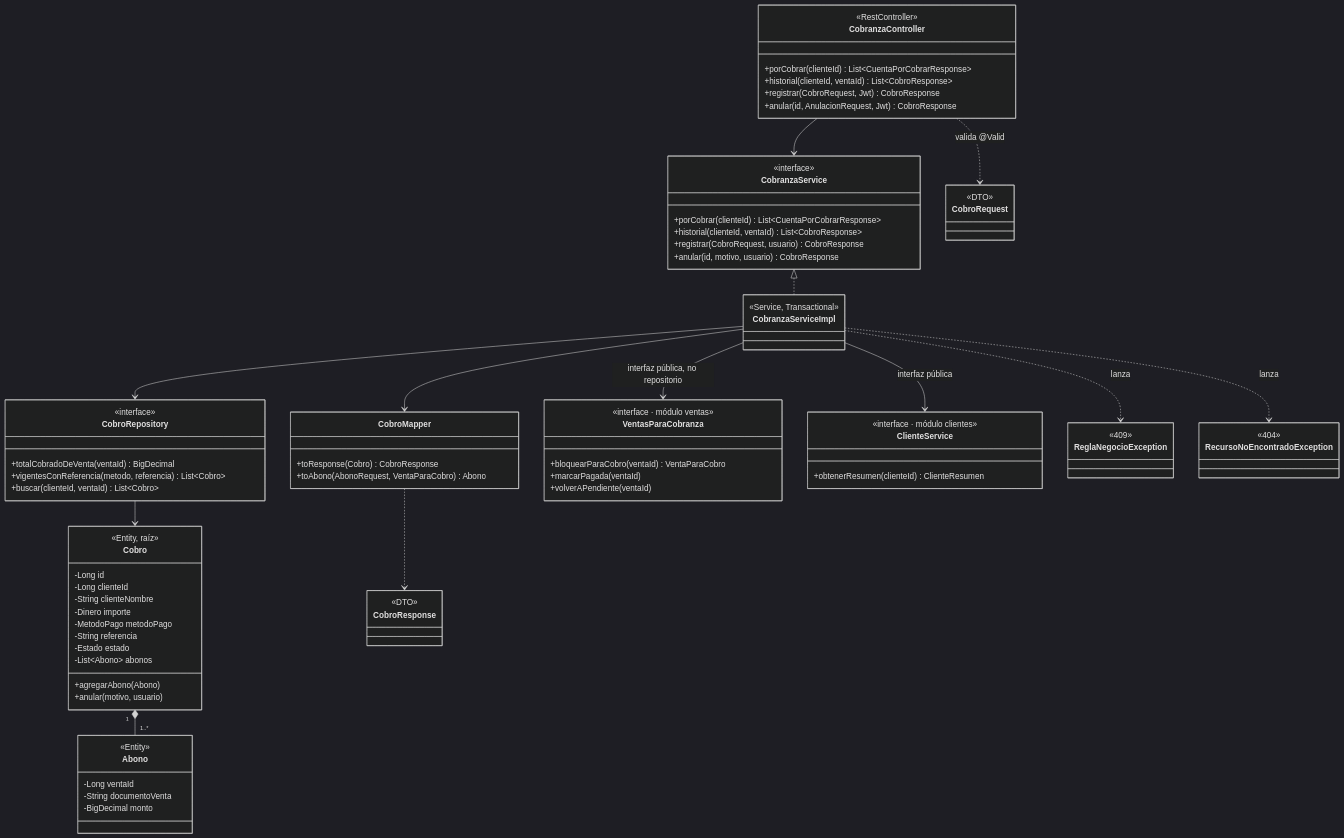
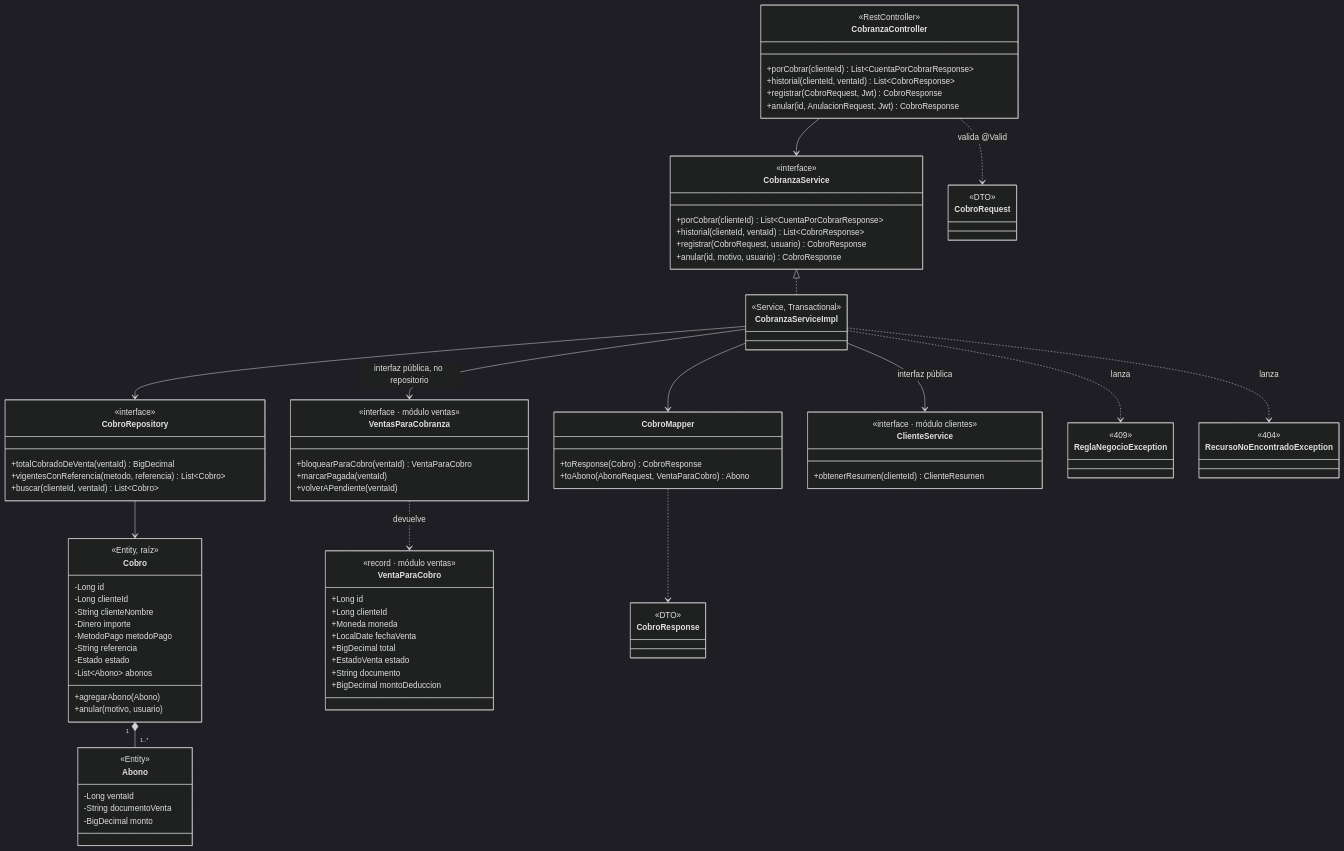
One commit to YWAGNERCS/proyecto-SAC changed the first of 2 diagrams in docs/ads/S08_diseno_cobranza.md. Above: the diagram before and after it, drawn with Mermaid (dark theme). The commit also changed other lines of this file and 9 other files, not shown here.

Commit message:
ADS S9 diagramas dinamicos de cobranza y BD2 S9 almacenamiento y auditoria unificada

````diff
--- a/docs/ads/S08_diseno_cobranza.md
+++ b/docs/ads/S08_diseno_cobranza.md
@@ -116,6 +117,17 @@
         +marcarPagada(ventaId)
         +volverAPendiente(ventaId)
     }
+    class VentaParaCobro {
+        <<record · módulo ventas>>
+        +Long id
+        +Long clienteId
+        +Moneda moneda
+        +LocalDate fechaVenta
+        +BigDecimal total
+        +EstadoVenta estado
+        +String documento
+        +BigDecimal montoDeduccion
+    }
     class ClienteService {
         <<interface · módulo clientes>>
         +obtenerResumen(clienteId) ClienteResumen
@@ -145,4 +157,5 @@
     CobroRepository --> Cobro
     Cobro "1" *-- "1..*" Abono
     CobroMapper ..> CobroResponse
+    VentasParaCobranza ..> VentaParaCobro : devuelve
 ```
````
